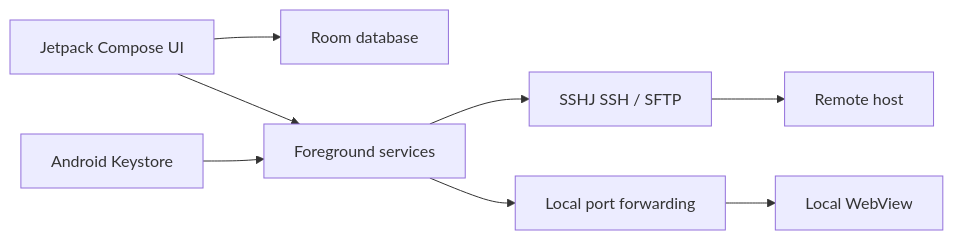
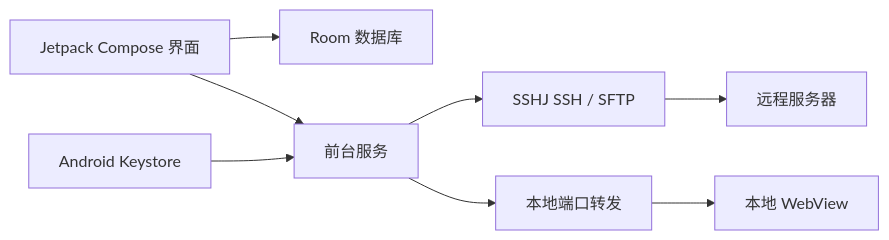
Before and after one commit to Bright-Chengliang/QuickSSH: the diagram in README.md, drawn with Mermaid. The commit also changed other lines of this file and 1 other file, not shown here.

Commit message:
docs: separate bilingual QuickSSH documentation

````diff
--- a/README.md
+++ b/README.md
@@ -19,10 +63,10 @@
 ```mermaid
 flowchart LR
-    UI[Jetpack Compose UI] --> DB[Room database]
-    UI --> Services[Foreground services]
+    UI[Jetpack Compose 界面] --> DB[Room 数据库]
+    UI --> Services[前台服务]
     Services --> SSH[SSHJ SSH / SFTP]
-    Services --> Tunnel[Local port forwarding]
+    Services --> Tunnel[本地端口转发]
     Credentials[Android Keystore] --> Services
-    SSH --> Host[Remote host]
-    Tunnel --> WebView[Local WebView]
+    SSH --> Host[远程服务器]
+    Tunnel --> WebView[本地 WebView]
 ```
````
